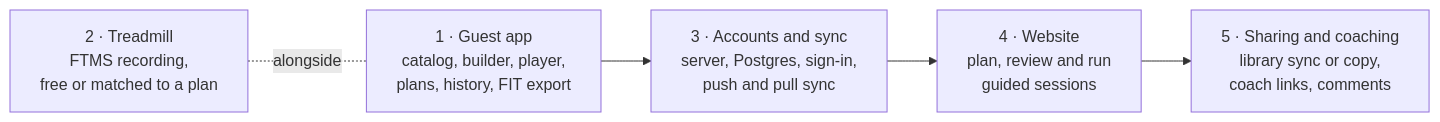
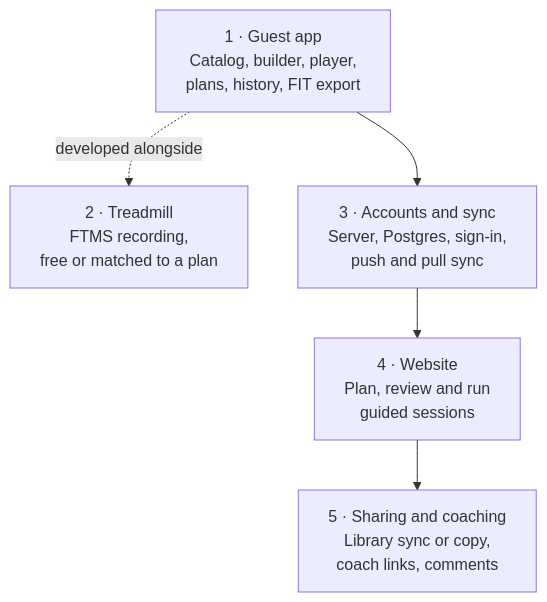
One commit to tkint/coach-poulpy changed the first of 4 diagrams in docs/architecture.md. Above: the diagram before and after it, drawn with Mermaid. The commit also changed other lines of this file and 3 other files, not shown here.

Commit message:
docs: add vertical architecture and authentication diagrams

````diff
--- a/docs/architecture.md
+++ b/docs/architecture.md
@@ -24,10 +24,12 @@
 ```mermaid
-flowchart LR
-    p1["1 · Guest app<br/>catalog, builder, player,<br/>plans, history, FIT export"]
-    p2["2 · Treadmill<br/>FTMS recording,<br/>free or matched to a plan"]
-    p3["3 · Accounts and sync<br/>server, Postgres, sign-in,<br/>push and pull sync"]
-    p4["4 · Website<br/>plan, review and run<br/>guided sessions"]
-    p5["5 · Sharing and coaching<br/>library sync or copy,<br/>coach links, comments"]
-    p1 --> p3 --> p4 --> p5
-    p2 -. alongside .- p1
+flowchart TD
+    guest["1 · Guest app<br/>Catalog, builder, player,<br/>plans, history, FIT export"]
+    treadmill["2 · Treadmill<br/>FTMS recording,<br/>free or matched to a plan"]
+    accounts["3 · Accounts and sync<br/>Server, Postgres, sign-in,<br/>push and pull sync"]
+    website["4 · Website<br/>Plan, review and run<br/>guided sessions"]
+    sharing["5 · Sharing and coaching<br/>Library sync or copy,<br/>coach links, comments"]
+
+    guest --> accounts
+    guest -. developed alongside .-> treadmill
+    accounts --> website --> sharing
 ```
````
